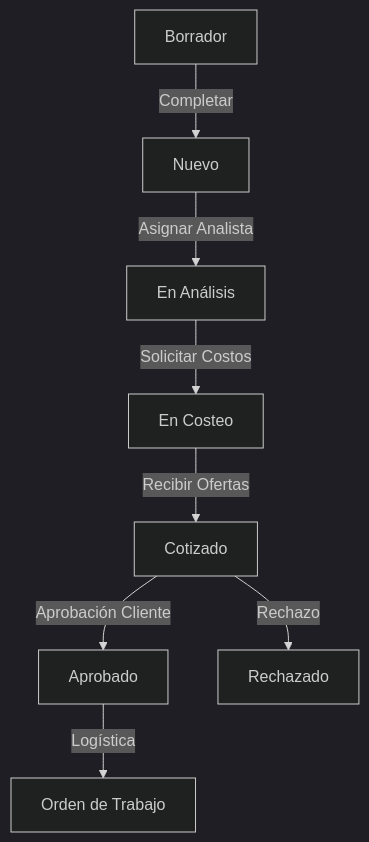
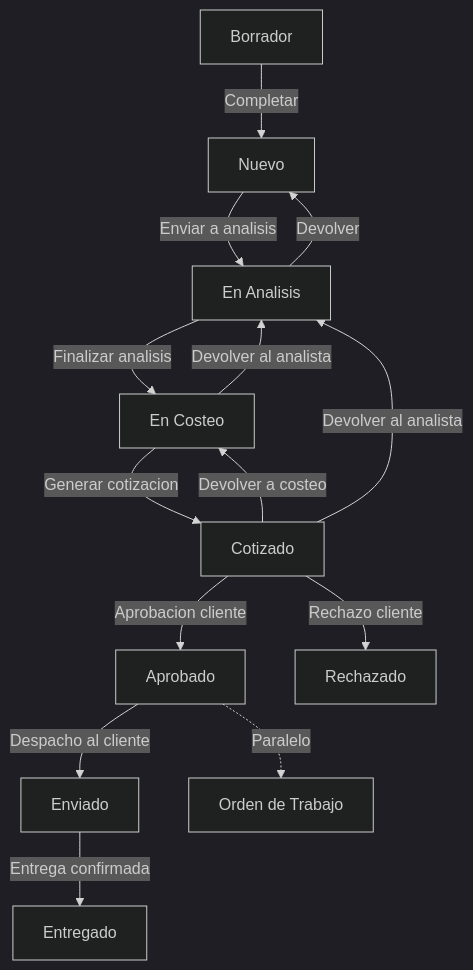
The first of 2 diagrams in docs/modulo_pedidos.md (wilfranr/heavymarket), drawn with Mermaid (dark theme) before and after one commit. The commit also changed other lines of this file and 15 other files, not shown here.

````diff
--- a/docs/modulo_pedidos.md
+++ b/docs/modulo_pedidos.md
@@ -7,10 +7,16 @@
 ```mermaid
 graph TD
     A[Borrador] -->|Completar| B[Nuevo]
-    B -->|Asignar Analista| C[En Análisis]
-    C -->|Solicitar Costos| D[En Costeo]
-    D -->|Recibir Ofertas| E[Cotizado]
-    E -->|Aprobación Cliente| F[Aprobado]
-    E -->|Rechazo| G[Rechazado]
-    F -->|Logística| H[Orden de Trabajo]
+    B -->|Enviar a analisis| C[En Analisis]
+    C -->|Finalizar analisis| D[En Costeo]
+    C -->|Devolver| B
+    D -->|Generar cotizacion| E[Cotizado]
+    D -->|Devolver al analista| C
+    E -->|Aprobacion cliente| F[Aprobado]
+    E -->|Rechazo cliente| G[Rechazado]
+    E -->|Devolver a costeo| D
+    E -->|Devolver al analista| C
+    F -->|Despacho al cliente| I[Enviado]
+    I -->|Entrega confirmada| J[Entregado]
+    F -.->|Paralelo| OT[Orden de Trabajo]
 ```
````
